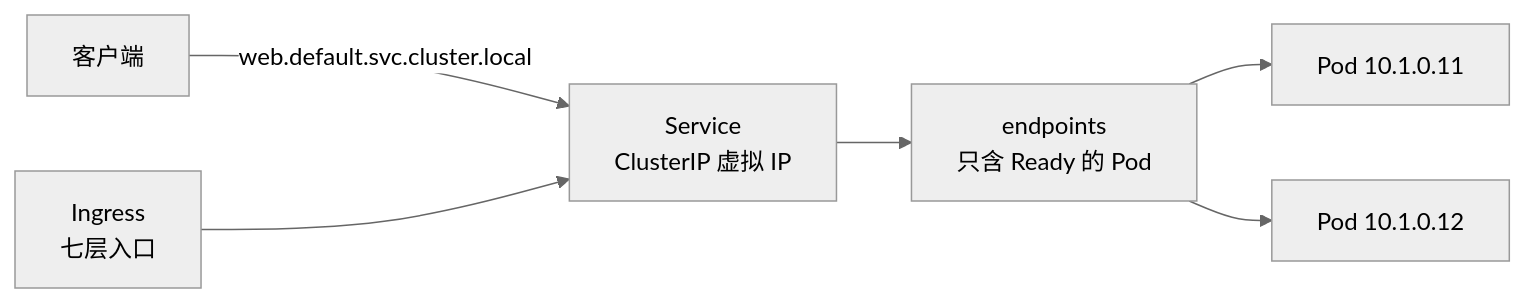
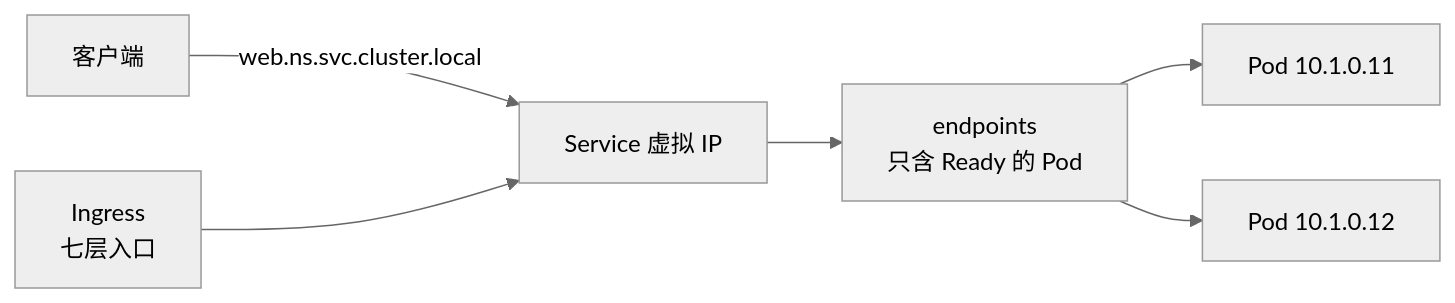
One commit to Loadhao/ascension changed the diagram in src/content/docs/kubernetes/intermediate/ops/02-service-ingress.md. Above: the diagram before and after it, drawn with Mermaid (neutral theme). The commit also changed 3 other files, not shown here.

Commit message:
fix(content): 新方向内容复查修正——站内链接统一去掉 .md 后缀改为尾斜杠路径，两处超宽 mermaid 行收窄至 80 视觉列内

````diff
--- a/src/content/docs/kubernetes/intermediate/ops/02-service-ingress.md
+++ b/src/content/docs/kubernetes/intermediate/ops/02-service-ingress.md
@@ -13,8 +13,8 @@
 ```mermaid
 flowchart LR
-    C[客户端] -- "web.default.svc.cluster.local" --> SVC[Service<br/>ClusterIP 虚拟 IP]
+    C[客户端] -- "web.ns.svc.cluster.local" --> SVC[Service 虚拟 IP]
     SVC --> EP[endpoints<br/>只含 Ready 的 Pod]
     EP --> P1[Pod 10.1.0.11]
     EP --> P2[Pod 10.1.0.12]
     ING[Ingress<br/>七层入口] --> SVC
 ```
````
